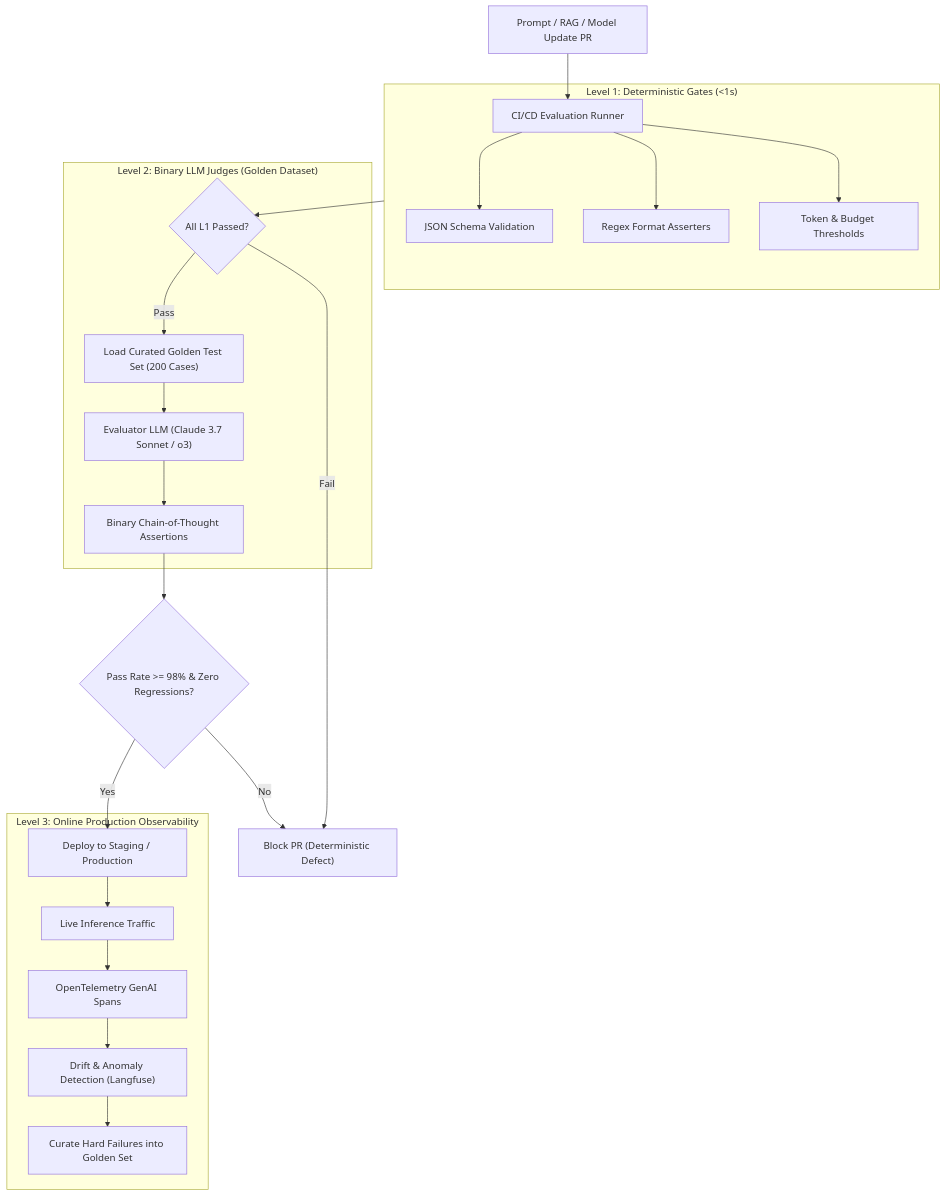
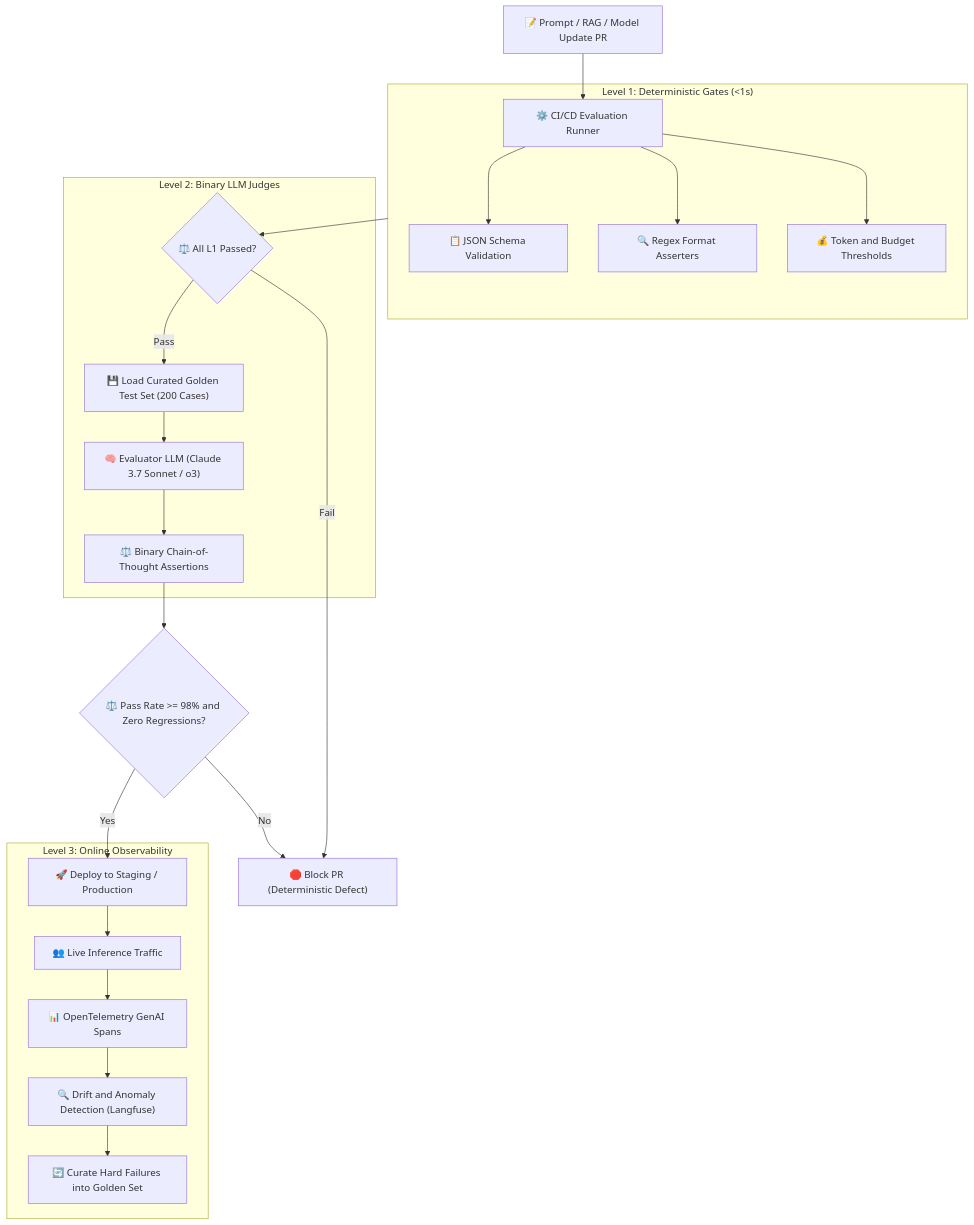
The seventh of 11 diagrams in architecture/enterprise-ai-system-designs.md (dip4k/senior-engineer-to-ai-engineer-roadmap), drawn with Mermaid before and after one commit. The commit also changed other lines of this file and 94 other files, not shown here.

Commit message:
refactor(curriculum): complete Phase 04 upgrade and enforce diagram renderer invariants

````diff
--- a/architecture/enterprise-ai-system-designs.md
+++ b/architecture/enterprise-ai-system-designs.md
@@ -344,30 +344,30 @@
 ```mermaid
 flowchart TD
-    PR["Prompt / RAG / Model Update PR"] --> CI_Runner["CI/CD Evaluation Runner"]
+    PR["📝 Prompt / RAG / Model Update PR"] --> CI_Runner["⚙️ CI/CD Evaluation Runner"]
     
     subgraph Level1["Level 1: Deterministic Gates (<1s)"]
-        CI_Runner --> Schema["JSON Schema Validation"]
-        CI_Runner --> Regex["Regex Format Asserters"]
-        CI_Runner --> Latency["Token & Budget Thresholds"]
+        CI_Runner --> Schema["📋 JSON Schema Validation"]
+        CI_Runner --> Regex["🔍 Regex Format Asserters"]
+        CI_Runner --> Latency["💰 Token and Budget Thresholds"]
     end
     
-    Level1 --> L1_Check{"All L1 Passed?"}
-    L1_Check -- "Fail" --> BlockPR["Block PR (Deterministic Defect)"]
+    Level1 --> L1_Check{"⚖️ All L1 Passed?"}
+    L1_Check -- "Fail" --> BlockPR["🛑 Block PR (Deterministic Defect)"]
     
-    subgraph Level2["Level 2: Binary LLM Judges (Golden Dataset)"]
-        L1_Check -- "Pass" --> GoldenSet["Load Curated Golden Test Set (200 Cases)"]
-        GoldenSet --> JudgeModel["Evaluator LLM (Claude 3.7 Sonnet / o3)"]
-        JudgeModel --> BinaryRubric["Binary Chain-of-Thought Assertions"]
+    subgraph Level2["Level 2: Binary LLM Judges"]
+        L1_Check -- "Pass" --> GoldenSet["💾 Load Curated Golden Test Set (200 Cases)"]
+        GoldenSet --> JudgeModel["🧠 Evaluator LLM (Claude 3.7 Sonnet / o3)"]
+        JudgeModel --> BinaryRubric["⚖️ Binary Chain-of-Thought Assertions"]
     end
     
-    BinaryRubric --> ScoreCheck{"Pass Rate >= 98% & Zero Regressions?"}
+    BinaryRubric --> ScoreCheck{"⚖️ Pass Rate >= 98% and Zero Regressions?"}
     ScoreCheck -- "No" --> BlockPR
-    ScoreCheck -- "Yes" --> Deploy["Deploy to Staging / Production"]
+    ScoreCheck -- "Yes" --> Deploy["🚀 Deploy to Staging / Production"]
     
-    subgraph Level3["Level 3: Online Production Observability"]
-        Deploy --> LiveTraffic["Live Inference Traffic"]
-        LiveTraffic --> OTelSpans["OpenTelemetry GenAI Spans"]
-        OTelSpans --> DriftDetector["Drift & Anomaly Detection (Langfuse)"]
-        DriftDetector --> Feedback["Curate Hard Failures into Golden Set"]
+    subgraph Level3["Level 3: Online Observability"]
+        Deploy --> LiveTraffic["👥 Live Inference Traffic"]
+        LiveTraffic --> OTelSpans["📊 OpenTelemetry GenAI Spans"]
+        OTelSpans --> DriftDetector["🔍 Drift and Anomaly Detection (Langfuse)"]
+        DriftDetector --> Feedback["🔄 Curate Hard Failures into Golden Set"]
     end
 ```
````
